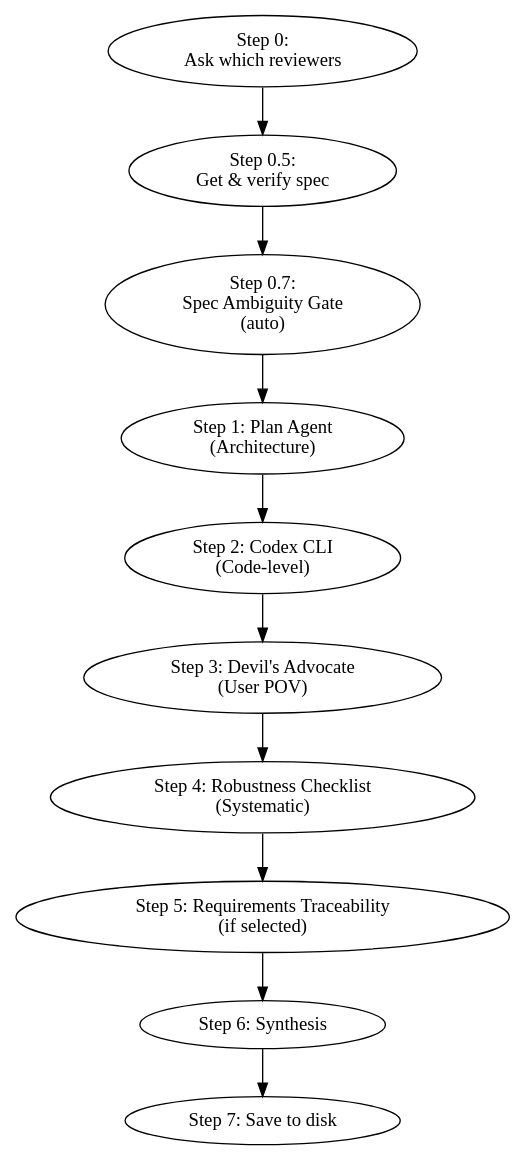
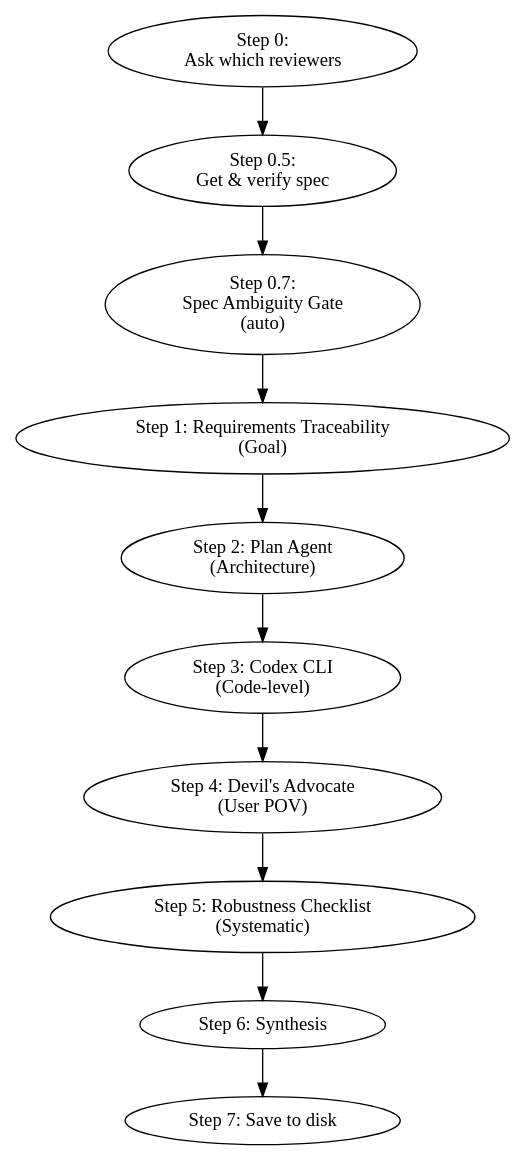
Before and after one commit to GuruDevvv/my-claude-skills: the diagram in multi-layer-review/SKILL.md, drawn with Graphviz. The commit also changed other lines of this file and 2 other files, not shown here.

First line of the commit message:
Reorder reviewers, fix wording, rename Codex CLI

````diff
--- a/multi-layer-review/SKILL.md
+++ b/multi-layer-review/SKILL.md
@@ -89,13 +89,13 @@
 ```dot
 digraph review {
     "Step 0:\nAsk which reviewers" -> "Step 0.5:\nGet & verify spec";
     "Step 0.5:\nGet & verify spec" -> "Step 0.7:\nSpec Ambiguity Gate\n(auto)";
-    "Step 0.7:\nSpec Ambiguity Gate\n(auto)" -> "Step 1: Plan Agent\n(Architecture)";
-    "Step 1: Plan Agent\n(Architecture)" -> "Step 2: Codex CLI\n(Code-level)";
-    "Step 2: Codex CLI\n(Code-level)" -> "Step 3: Devil's Advocate\n(User POV)";
-    "Step 3: Devil's Advocate\n(User POV)" -> "Step 4: Robustness Checklist\n(Systematic)";
-    "Step 4: Robustness Checklist\n(Systematic)" -> "Step 5: Requirements Traceability\n(if selected)";
-    "Step 5: Requirements Traceability\n(if selected)" -> "Step 6: Synthesis";
+    "Step 0.7:\nSpec Ambiguity Gate\n(auto)" -> "Step 1: Requirements Traceability\n(Goal)";
+    "Step 1: Requirements Traceability\n(Goal)" -> "Step 2: Plan Agent\n(Architecture)";
+    "Step 2: Plan Agent\n(Architecture)" -> "Step 3: Codex CLI\n(Code-level)";
+    "Step 3: Codex CLI\n(Code-level)" -> "Step 4: Devil's Advocate\n(User POV)";
+    "Step 4: Devil's Advocate\n(User POV)" -> "Step 5: Robustness Checklist\n(Systematic)";
+    "Step 5: Robustness Checklist\n(Systematic)" -> "Step 6: Synthesis";
     "Step 6: Synthesis" -> "Step 7: Save to disk";
 }
 ```
````
